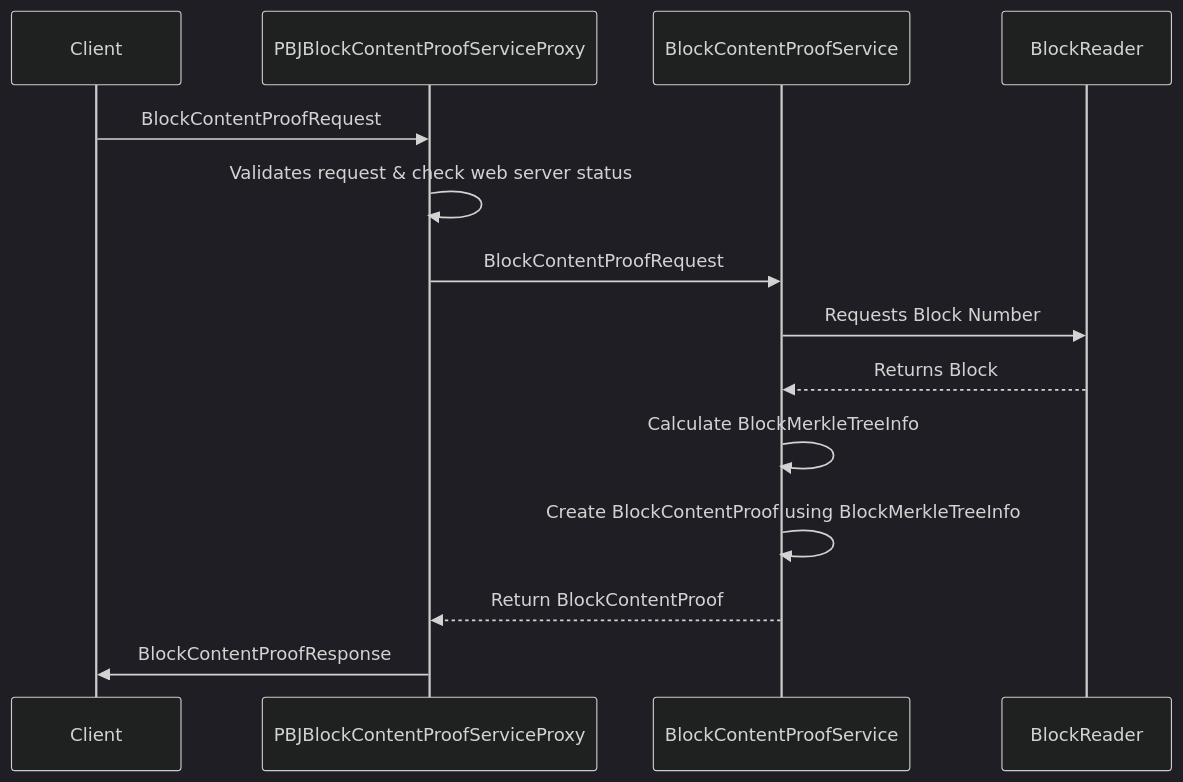
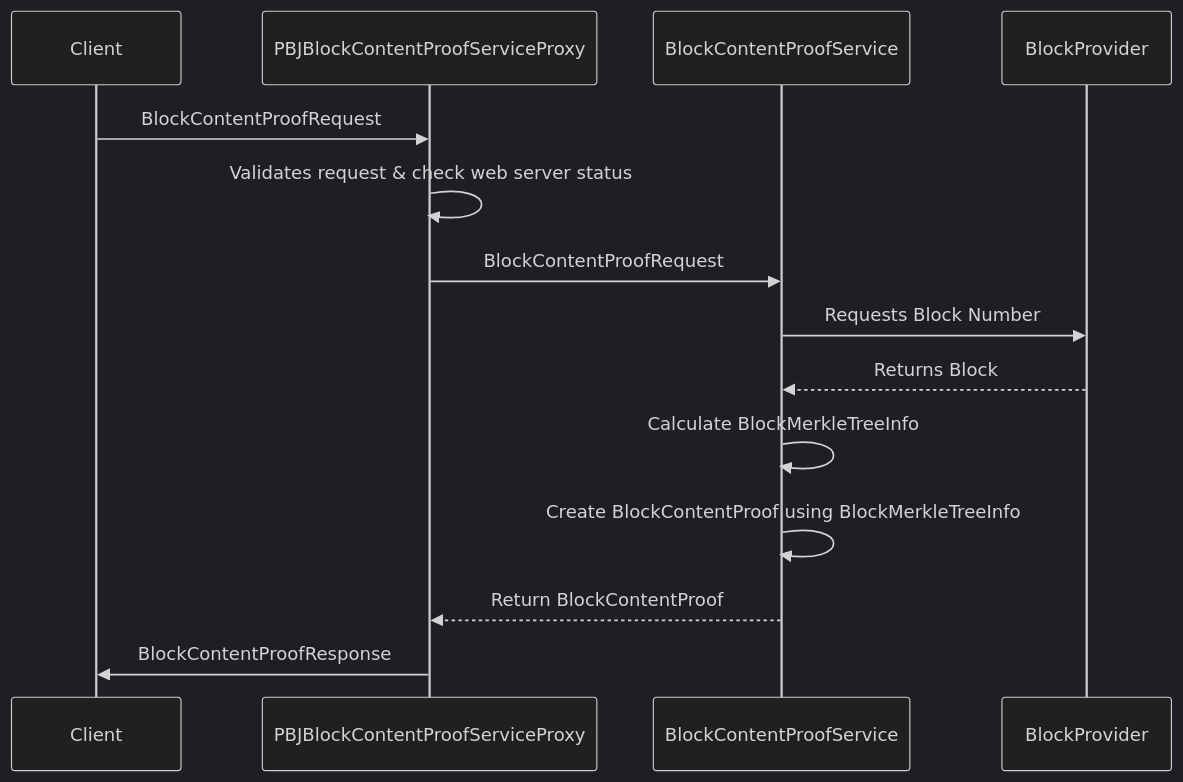
The diagram in block-node/server/docs/design/block-content-proof.md (hiero-ledger/hiero-block-node), drawn with Mermaid (dark theme) before and after one commit. The commit also changed other lines of this file, not shown here.

Commit message:
more PR feedback update

````diff
--- a/block-node/server/docs/design/block-content-proof.md
+++ b/block-node/server/docs/design/block-content-proof.md
@@ -130,18 +130,18 @@
 ```mermaid
 sequenceDiagram
     participant Client as Client
     participant Proxy as PBJBlockContentProofServiceProxy
     participant Service as BlockContentProofService
-    participant Reader as BlockReader
+    participant Reader as BlockProvider
 
     Client->>Proxy:  BlockContentProofRequest
     Proxy->>Proxy:  Validates request & check web server status
     Proxy->>Service: BlockContentProofRequest
     Service->>Reader: Requests Block Number
     Reader-->>Service: Returns Block
     Service->>Service: Calculate BlockMerkleTreeInfo
     Service->>Service: Create BlockContentProof using BlockMerkleTreeInfo
     Service-->>Proxy: Return BlockContentProof
     Proxy->>Client: BlockContentProofResponse
 
 ```
````
